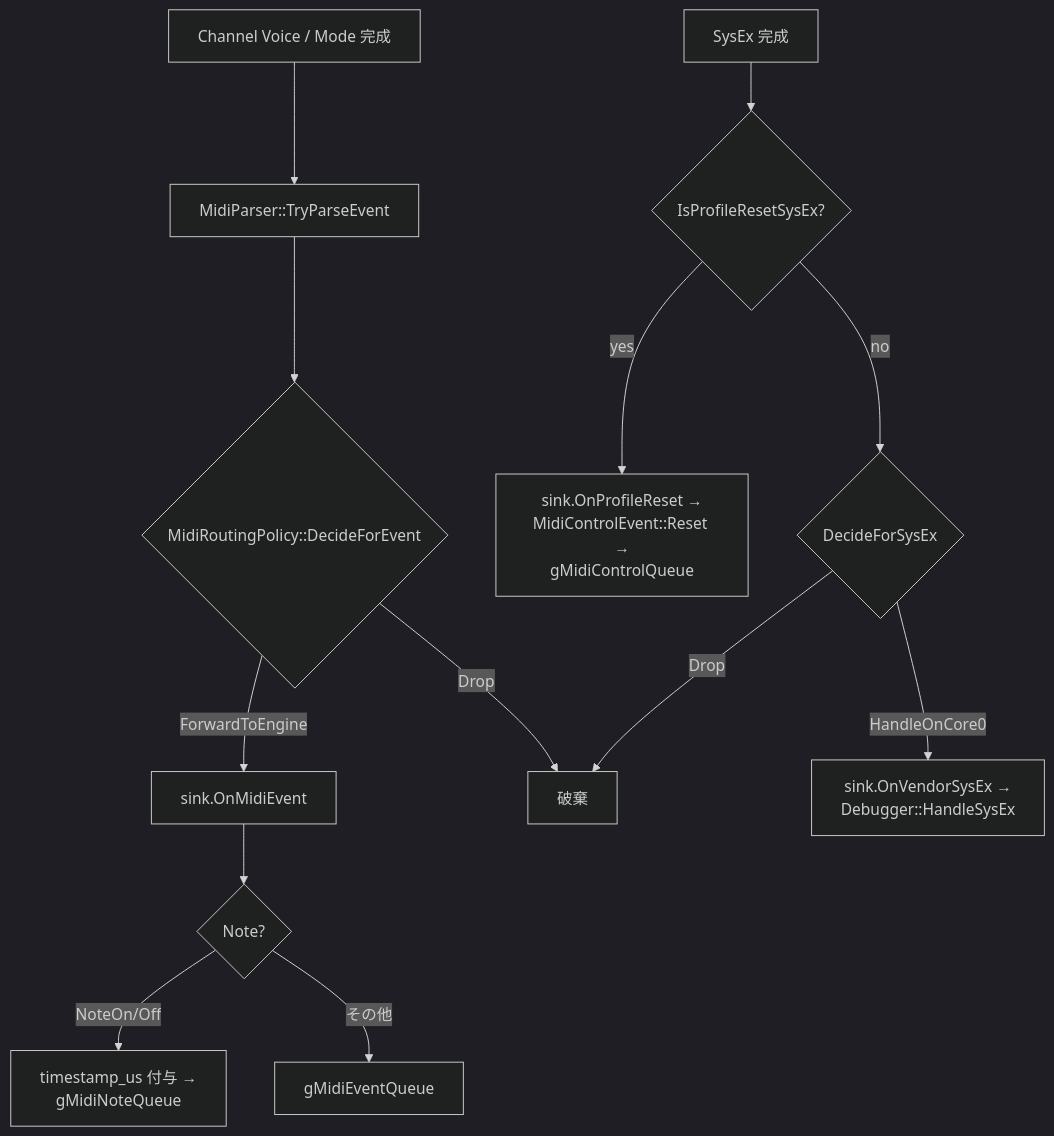
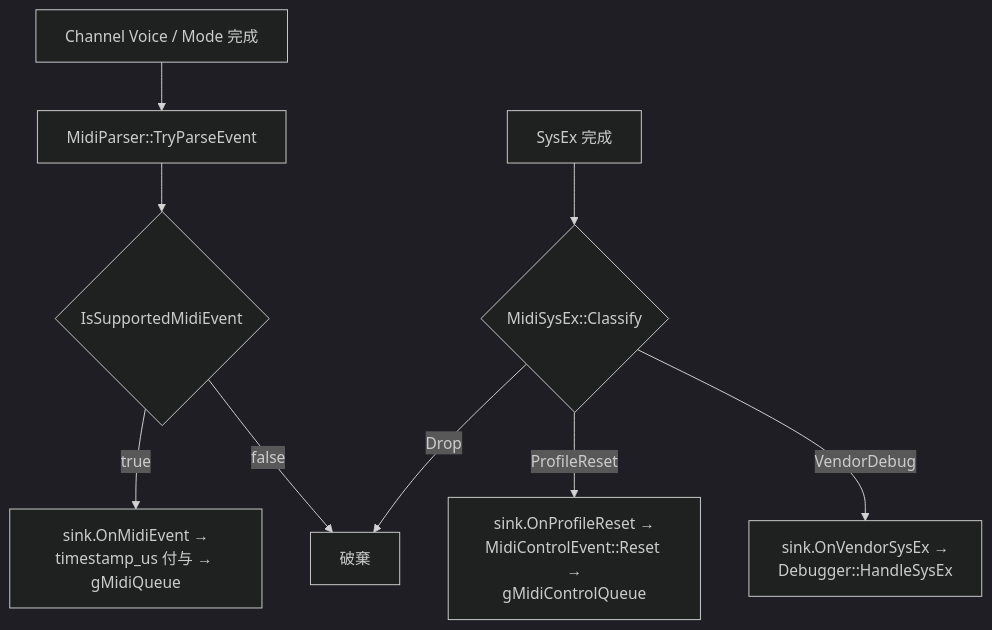
Before and after one commit to 46nori/FMSynthEnsembleV3: the diagram in doc/design_midi_message.md, drawn with Mermaid (dark theme). The commit also changed other lines of this file and 30 other files, not shown here.

````diff
--- a/doc/design_midi_message.md
+++ b/doc/design_midi_message.md
@@ -180,16 +192,12 @@
 ```mermaid
 flowchart TD
     A["Channel Voice / Mode 完成"] --> B["MidiParser::TryParseEvent"]
-    B --> C{"MidiRoutingPolicy::DecideForEvent"}
-    C -- ForwardToEngine --> D["sink.OnMidiEvent"]
-    D --> D2{"Note?"}
-    D2 -- NoteOn/Off --> E["timestamp_us 付与 →<br>gMidiNoteQueue"]
-    D2 -- その他 --> F["gMidiEventQueue"]
-    C -- Drop --> G["破棄"]
+    B --> C{"IsSupportedMidiEvent"}
+    C -- true --> D["sink.OnMidiEvent →<br>timestamp_us 付与 → gMidiQueue"]
+    C -- false --> G["破棄"]
 
-    H["SysEx 完成"] --> I{"IsProfileResetSysEx?"}
-    I -- yes --> J["sink.OnProfileReset →<br>MidiControlEvent::Reset →<br>gMidiControlQueue"]
-    I -- no --> K{"DecideForSysEx"}
-    K -- HandleOnCore0 --> L["sink.OnVendorSysEx →<br>Debugger::HandleSysEx"]
-    K -- Drop --> G
+    H["SysEx 完成"] --> I{"MidiSysEx::Classify"}
+    I -- ProfileReset --> J["sink.OnProfileReset →<br>MidiControlEvent::Reset →<br>gMidiControlQueue"]
+    I -- VendorDebug --> L["sink.OnVendorSysEx →<br>Debugger::HandleSysEx"]
+    I -- Drop --> G
 ```
````
